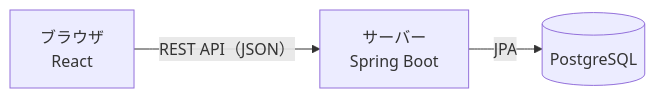
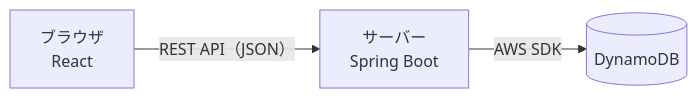
One commit to mk242329/taskmanagement changed the first of 2 diagrams in README.md. Above: the diagram before and after it, drawn with Mermaid. The commit also changed other lines of this file and 52 other files, not shown here.

First line of the commit message:
AWS の構成を無料枠（Lambda・DynamoDB）に収まる形に変える (#44)

````diff
--- a/README.md
+++ b/README.md
@@ -69,5 +69,5 @@
 ```mermaid
 flowchart LR
     Browser[ブラウザ<br>React] -- "REST API（JSON）" --> API[サーバー<br>Spring Boot]
-    API -- "JPA" --> DB[(PostgreSQL)]
+    API -- "AWS SDK" --> DB[(DynamoDB)]
 ```
````
